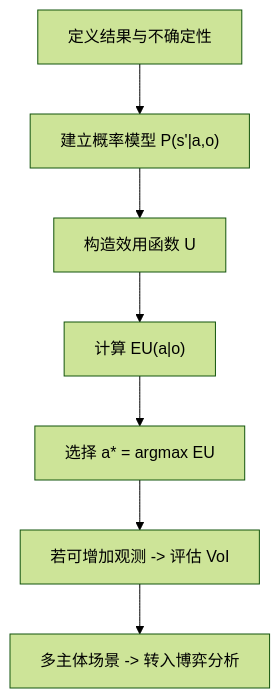
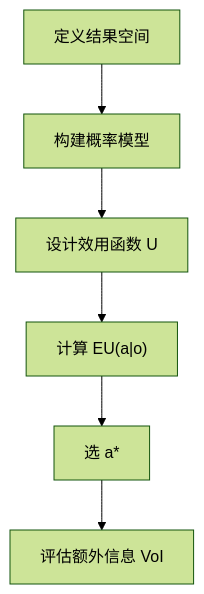
Before and after one commit to gulu-sherry/gulu-sherry.github.io: the diagram in _includes/content/tech/dmu-ch-03.md, drawn with Mermaid (forest theme). The commit also changed other lines of this file and 9 other files, not shown here.

````diff
--- a/_includes/content/tech/dmu-ch-03.md
+++ b/_includes/content/tech/dmu-ch-03.md
@@ -141,9 +85,8 @@
 ```mermaid
 flowchart TD
-    A["定义结果与不确定性"] --> B["建立概率模型 P(s'|a,o)"]
-    B --> C["构造效用函数 U"]
+    A["定义结果空间"] --> B["构建概率模型"]
+    B --> C["设计效用函数 U"]
     C --> D["计算 EU(a|o)"]
-    D --> E["选择 a* = argmax EU"]
-    E --> F["若可增加观测 -> 评估 VoI"]
-    F --> G["多主体场景 -> 转入博弈分析"]
+    D --> E["选 a*"]
+    E --> F["评估额外信息 VoI"]
 ```
````
